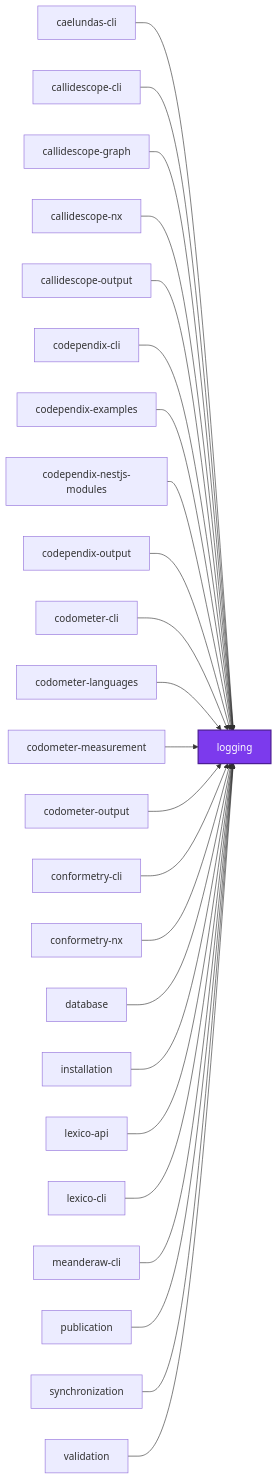
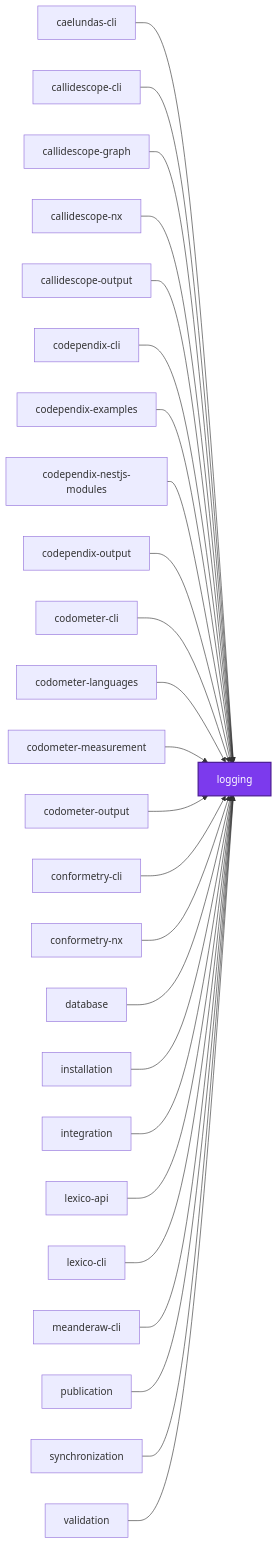
The first of 3 diagrams in projects/logging/README.md (organizzolini/codebase), drawn with Mermaid before and after one commit. The commit also changed 62 other files, not shown here.

````diff
--- a/projects/logging/README.md
+++ b/projects/logging/README.md
@@ -136,52 +136,54 @@
 ```mermaid
 graph LR
   caelundas_cli["caelundas-cli"]
   callidescope_cli["callidescope-cli"]
   callidescope_graph["callidescope-graph"]
   callidescope_nx["callidescope-nx"]
   callidescope_output["callidescope-output"]
   codependix_cli["codependix-cli"]
   codependix_examples["codependix-examples"]
   codependix_nestjs_modules["codependix-nestjs-modules"]
   codependix_output["codependix-output"]
   codometer_cli["codometer-cli"]
   codometer_languages["codometer-languages"]
   codometer_measurement["codometer-measurement"]
   codometer_output["codometer-output"]
   conformetry_cli["conformetry-cli"]
   conformetry_nx["conformetry-nx"]
   database["database"]
   installation["installation"]
+  integration["integration"]
   lexico_api["lexico-api"]
   lexico_cli["lexico-cli"]
   logging["logging"]
   meanderaw_cli["meanderaw-cli"]
   publication["publication"]
   synchronization["synchronization"]
   validation["validation"]
   caelundas_cli --> logging
   callidescope_cli --> logging
   callidescope_graph --> logging
   callidescope_nx --> logging
   callidescope_output --> logging
   codependix_cli --> logging
   codependix_examples --> logging
   codependix_nestjs_modules --> logging
   codependix_output --> logging
   codometer_cli --> logging
   codometer_languages --> logging
   codometer_measurement --> logging
   codometer_output --> logging
   conformetry_cli --> logging
   conformetry_nx --> logging
   database --> logging
   installation --> logging
+  integration --> logging
   lexico_api --> logging
   lexico_cli --> logging
   meanderaw_cli --> logging
   publication --> logging
   synchronization --> logging
   validation --> logging
   classDef subject fill:#7c3aed,color:#fff,stroke:#4c1d95,stroke-width:2px
   class logging subject
 ```
````
